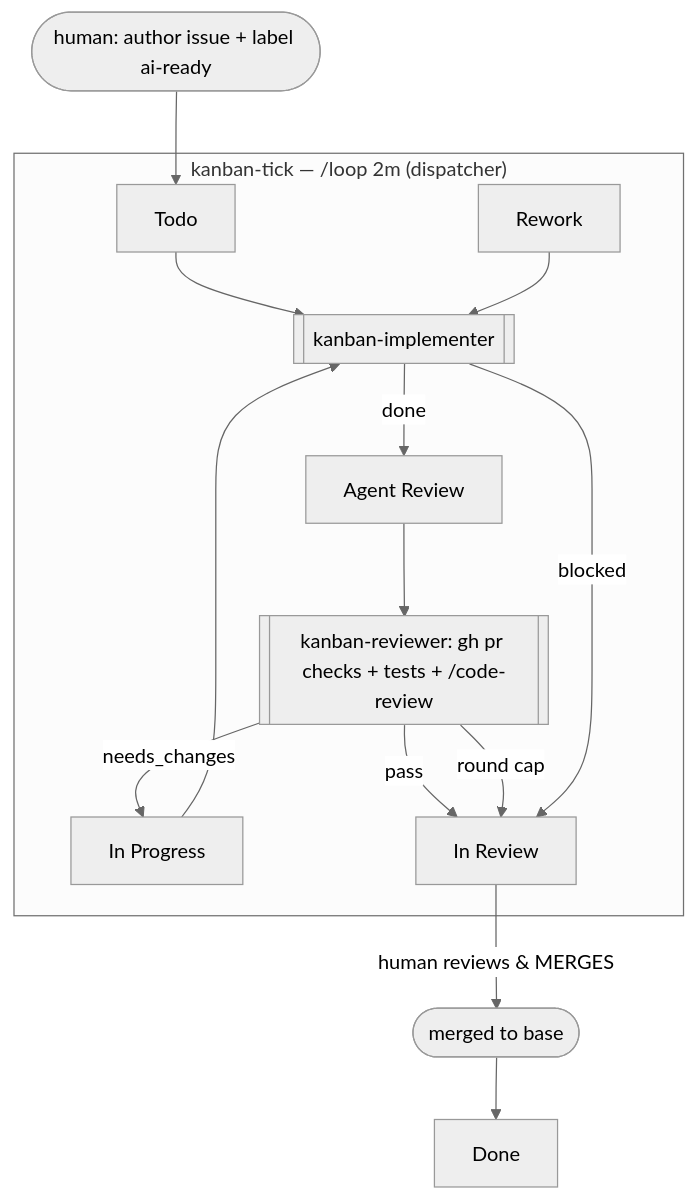
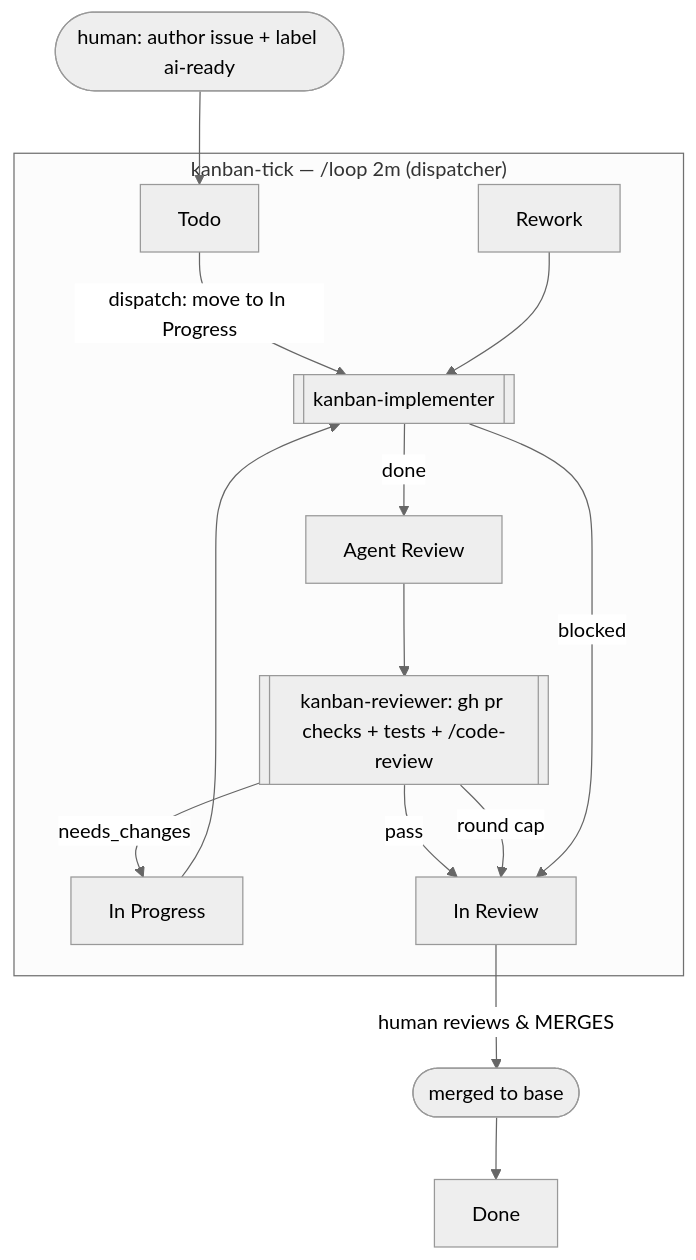
One commit to keinstn/kanban-loop changed the diagram in README.md. Above: the diagram before and after it, drawn with Mermaid (neutral theme). The commit also changed other lines of this file and 2 other files, not shown here.

First line of the commit message:
feat(kanban-tick): move Todo issues to In Progress on dispatch (#1)

````diff
--- a/README.md
+++ b/README.md
@@ -24,22 +24,22 @@
 ```mermaid
 flowchart TB
   author([human: author issue + label ai-ready]) --> todo[Todo]
 
   subgraph tick["kanban-tick — /loop 2m (dispatcher)"]
-    todo --> impl[[kanban-implementer]]
+    todo -->|dispatch: move to In Progress| impl[[kanban-implementer]]
     rework[Rework] --> impl
     impl -->|done| areview[Agent Review]
     areview --> rev[[kanban-reviewer: gh pr checks + tests + /code-review]]
     rev -->|needs_changes| inprog[In Progress]
     inprog --> impl
     rev -->|pass| inreview[In Review]
     rev -->|round cap| inreview
     impl -->|blocked| inreview
   end
 
   inreview -->|human reviews & MERGES| merged([merged to base])
   merged --> done[Done]
 
   classDef human fill:#eee,stroke:#999;
   class author,merged human;
 ```
````
